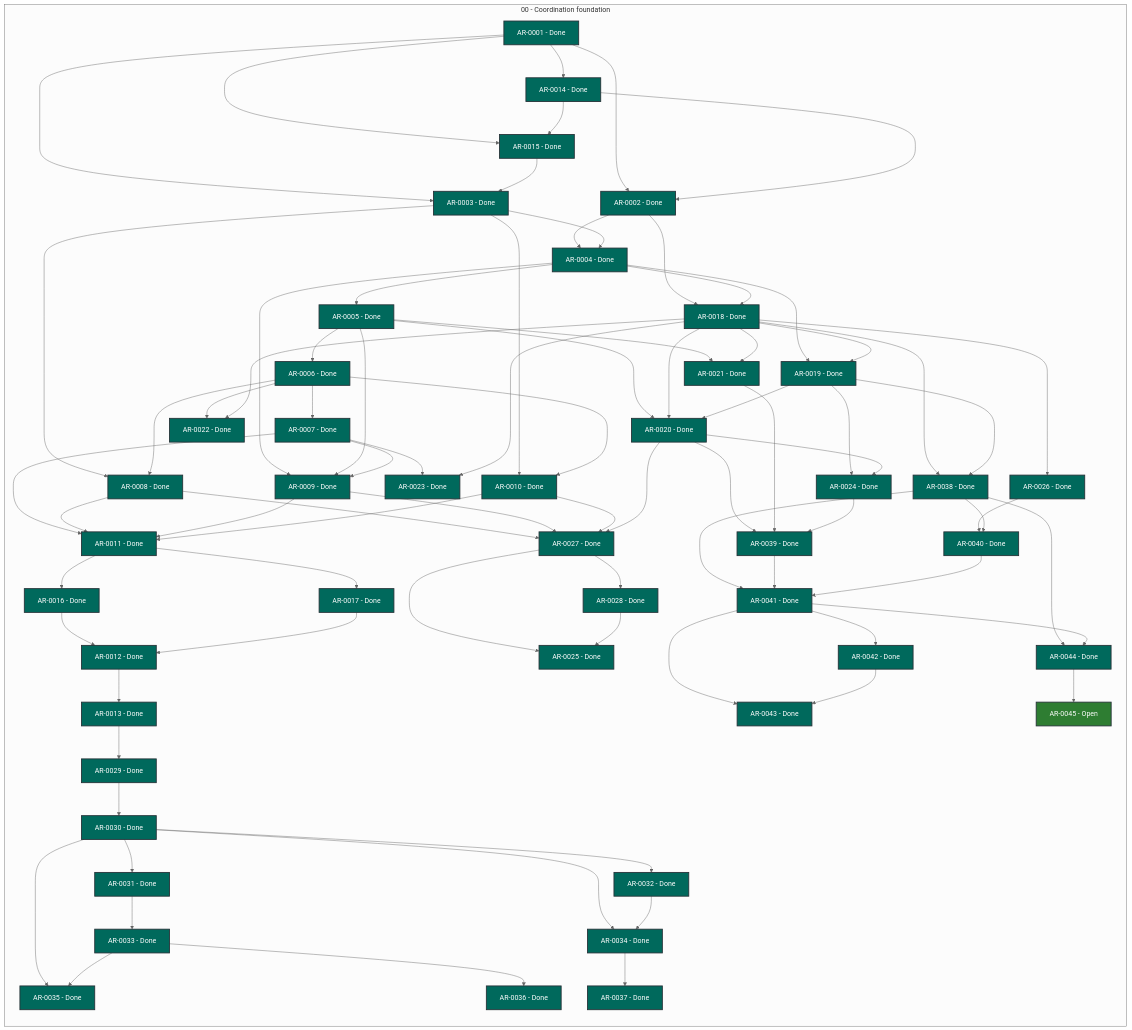
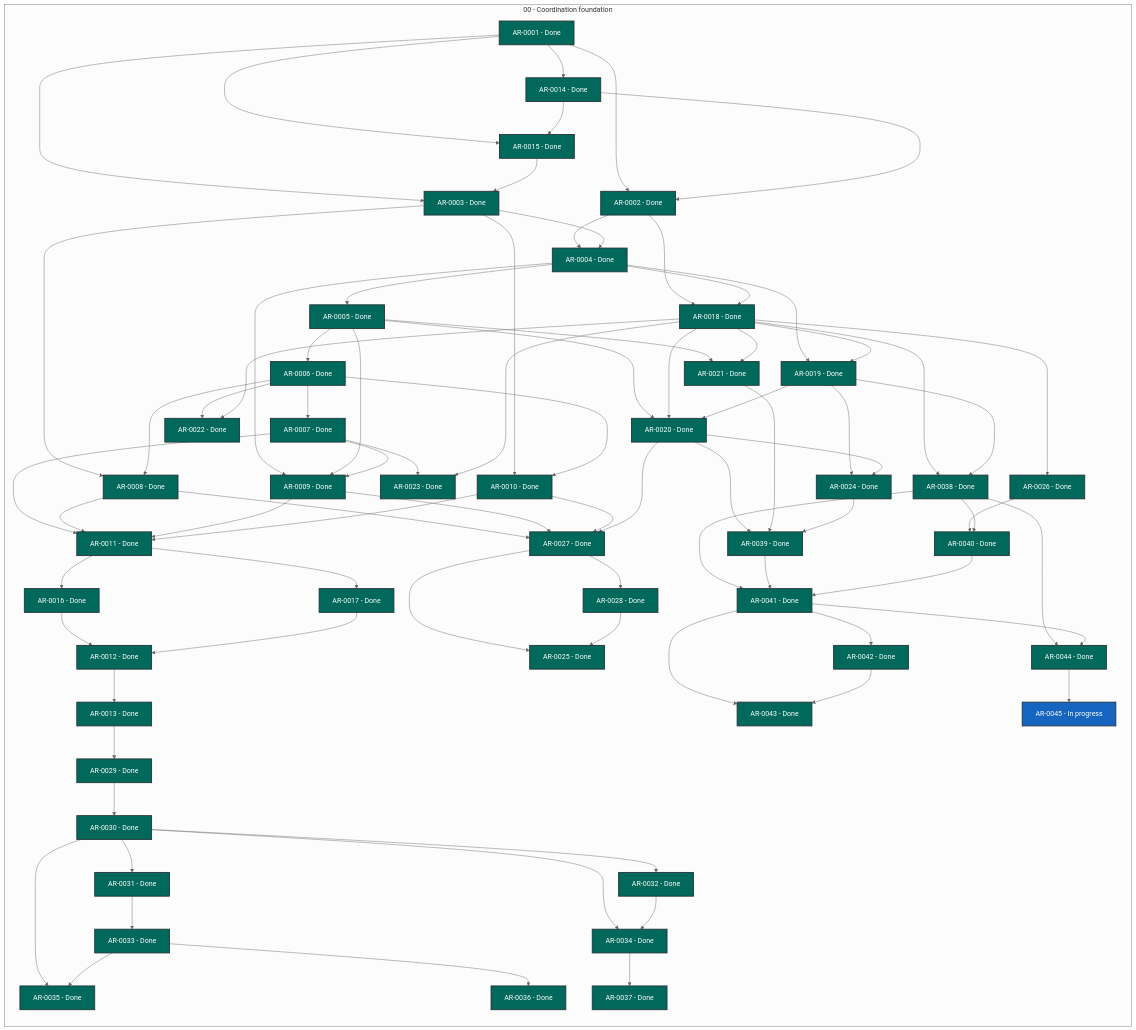
Before and after one commit to martin-beck/agent-workflow-tui-state: the diagram in STATUS.md, drawn with Mermaid (neutral theme). The commit also changed other lines of this file and 2 other files, not shown here.

```diff
--- a/STATUS.md
+++ b/STATUS.md
@@ -72,7 +72,7 @@
         AR_0042["AR-0042 - Done"]:::status_done
         AR_0043["AR-0043 - Done"]:::status_done
         AR_0044["AR-0044 - Done"]:::status_done
-        AR_0045["AR-0045 - Open"]:::status_open
+        AR_0045["AR-0045 - In progress"]:::status_in_progress
     end
     AR_0001 --> AR_0002
     AR_0001 --> AR_0003
```
